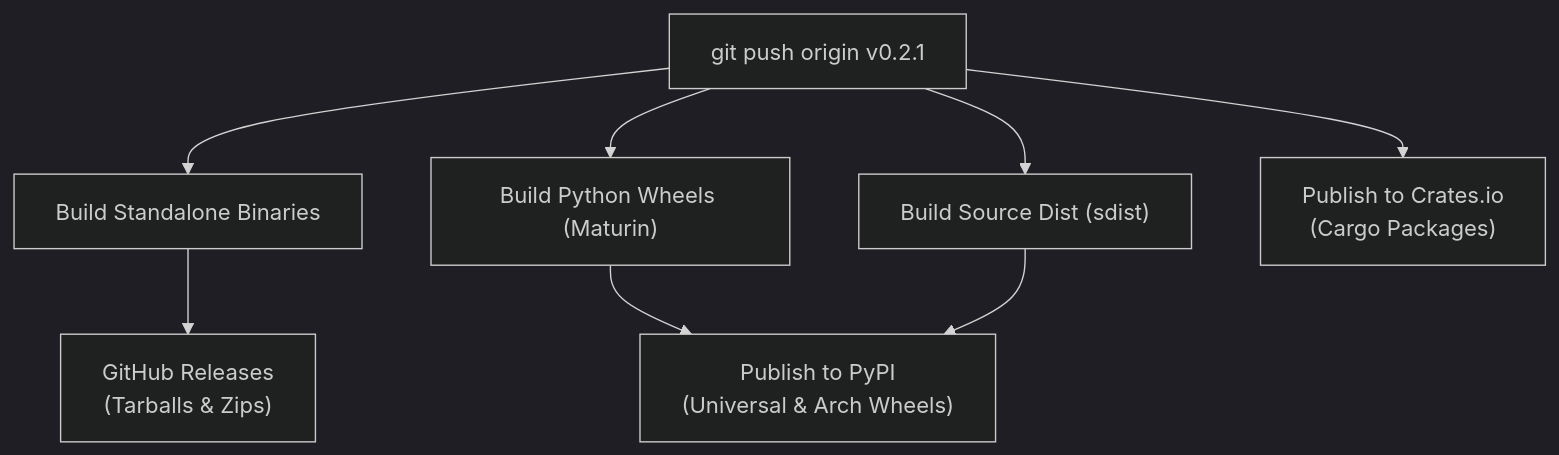
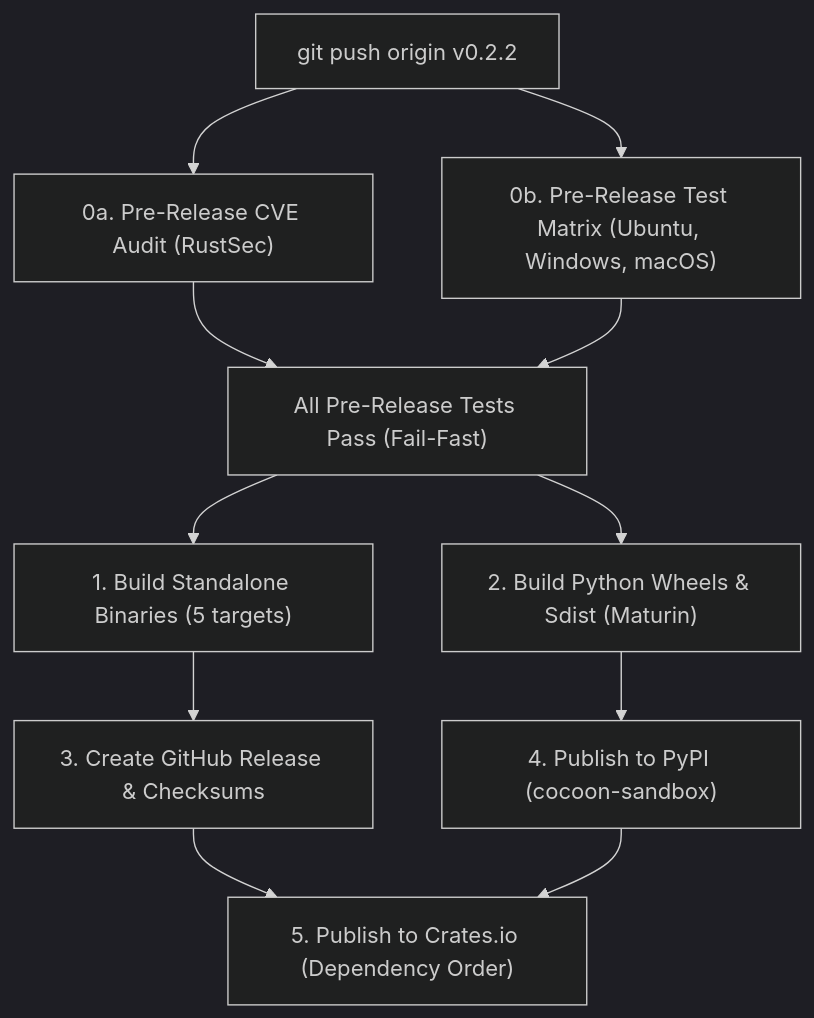
Before and after one commit to sunilksundaram/cocoon-sandbox: the second of 2 diagrams in docs/USER_GUIDE.md, drawn with Mermaid (dark theme). The commit also changed other lines of this file and 4 other files, not shown here.

Commit message:
ci: gate pypi and crates.io releases behind test and audit matrix, bump version to 0.2.2

````diff
--- a/docs/USER_GUIDE.md
+++ b/docs/USER_GUIDE.md
@@ -1085,11 +1088,17 @@
 ```mermaid
 flowchart TD
-    T["git push origin v0.2.1"] --> B["Build Standalone Binaries"]
-    T --> W["Build Python Wheels (Maturin)"]
-    T --> S["Build Source Dist (sdist)"]
+    T["git push origin v0.2.2"] --> Gate1["0a. Pre-Release CVE Audit (RustSec)"]
+    T --> Gate2["0b. Pre-Release Test Matrix (Ubuntu, Windows, macOS)"]
 
-    B --> Rel["GitHub Releases\n(Tarballs & Zips)"]
-    W --> PyPI["Publish to PyPI\n(Universal & Arch Wheels)"]
-    S --> PyPI
-    T --> Crates["Publish to Crates.io\n(Cargo Packages)"]
+    Gate1 --> Gate["All Pre-Release Tests Pass (Fail-Fast)"]
+    Gate2 --> Gate
+
+    Gate --> B["1. Build Standalone Binaries (5 targets)"]
+    Gate --> W["2. Build Python Wheels & Sdist (Maturin)"]
+
+    B --> Rel["3. Create GitHub Release & Checksums"]
+    W --> PyPI["4. Publish to PyPI (cocoon-sandbox)"]
+
+    Rel --> Crates["5. Publish to Crates.io (Dependency Order)"]
+    PyPI --> Crates
 ```
````
